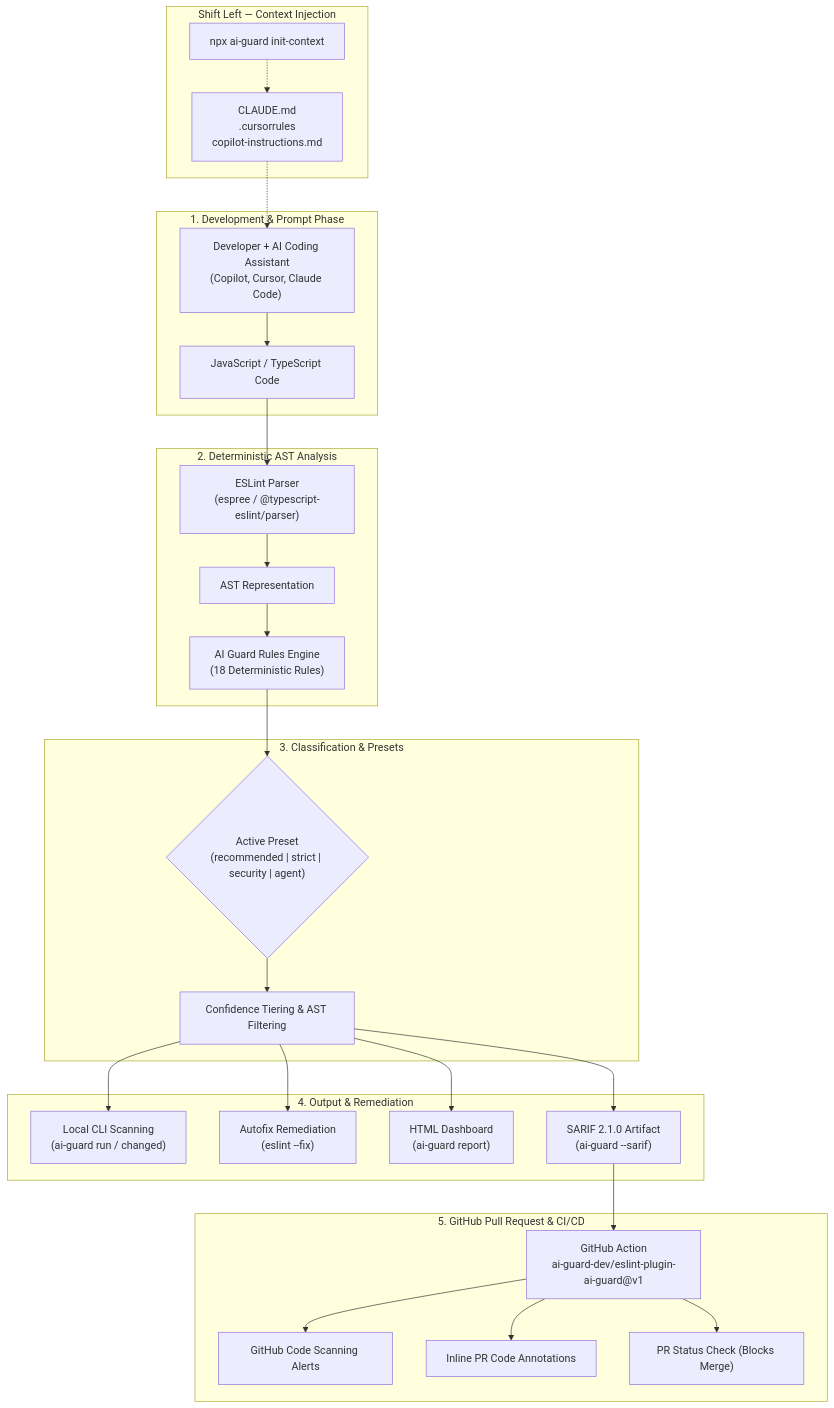
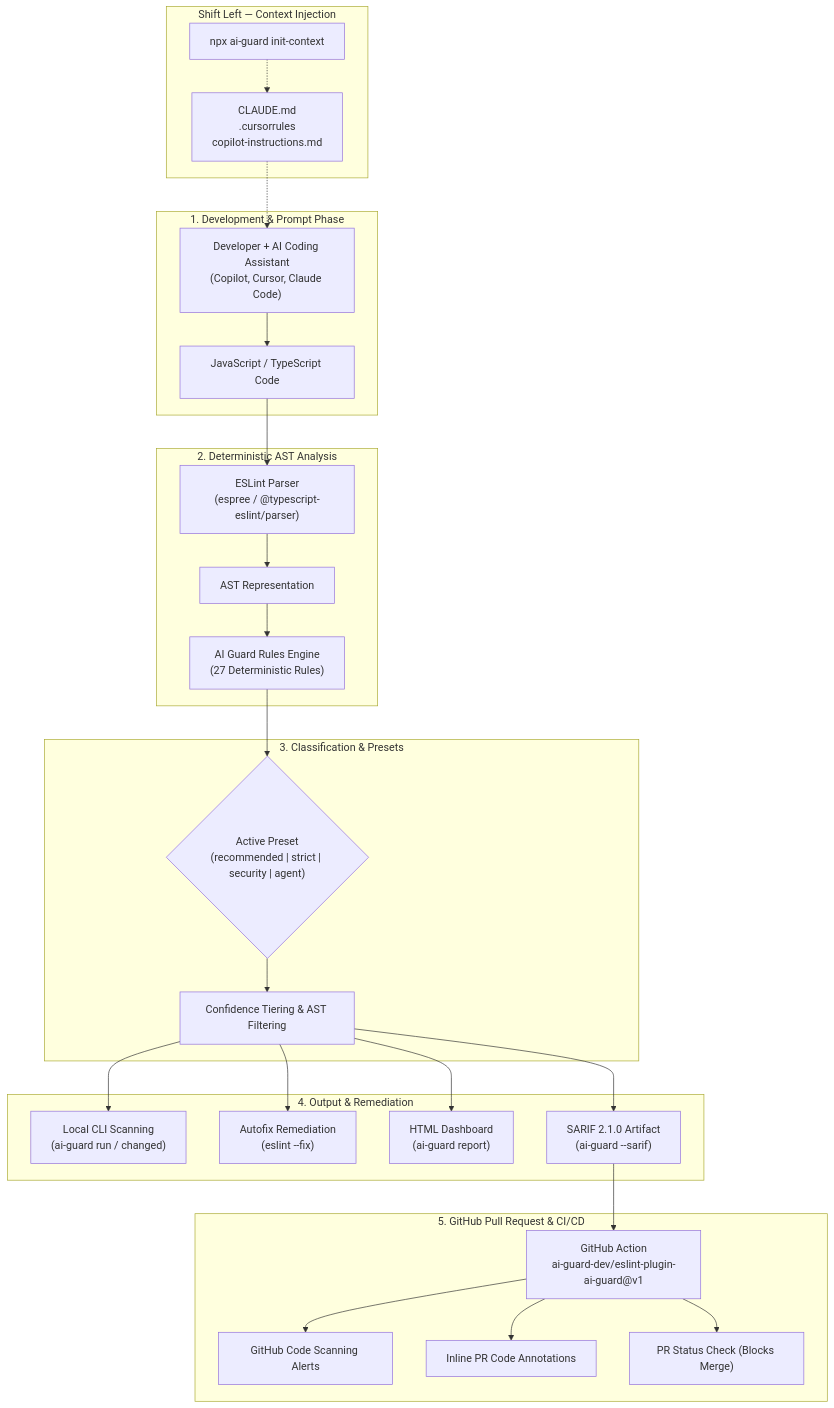
Before and after one commit to ai-guard-dev/eslint-plugin-ai-guard: the diagram in README.md, drawn with Mermaid. The commit also changed other lines of this file and 99 other files, not shown here.

````diff
--- a/README.md
+++ b/README.md
@@ -79,36 +79,36 @@
 ```mermaid
 flowchart TD
     subgraph Dev["1. Development & Prompt Phase"]
         A["Developer + AI Coding Assistant\n(Copilot, Cursor, Claude Code)"] --> B["JavaScript / TypeScript Code"]
     end
 
     subgraph ShiftLeft["Shift Left — Context Injection"]
         SL["npx ai-guard init-context"] -.-> CTX["CLAUDE.md\n.cursorrules\ncopilot-instructions.md"]
         CTX -.-> A
     end
 
     subgraph Analysis["2. Deterministic AST Analysis"]
         B --> C["ESLint Parser\n(espree / @typescript-eslint/parser)"]
         C --> D["AST Representation"]
-        D --> E["AI Guard Rules Engine\n(18 Deterministic Rules)"]
+        D --> E["AI Guard Rules Engine\n(27 Deterministic Rules)"]
     end
 
     subgraph Tiers["3. Classification & Presets"]
         E --> F{"Active Preset\n(recommended | strict | security | agent)"}
         F --> G["Confidence Tiering & AST Filtering"]
     end
 
     subgraph Outputs["4. Output & Remediation"]
         G --> H["Local CLI Scanning\n(ai-guard run / changed)"]
         G --> I["Autofix Remediation\n(eslint --fix)"]
         G --> J["HTML Dashboard\n(ai-guard report)"]
         G --> K["SARIF 2.1.0 Artifact\n(ai-guard --sarif)"]
     end
 
     subgraph CI["5. GitHub Pull Request & CI/CD"]
         K --> L["GitHub Action\nai-guard-dev/eslint-plugin-ai-guard@v1"]
         L --> M["GitHub Code Scanning Alerts"]
         L --> N["Inline PR Code Annotations"]
         L --> O["PR Status Check (Blocks Merge)"]
     end
 ```
````
